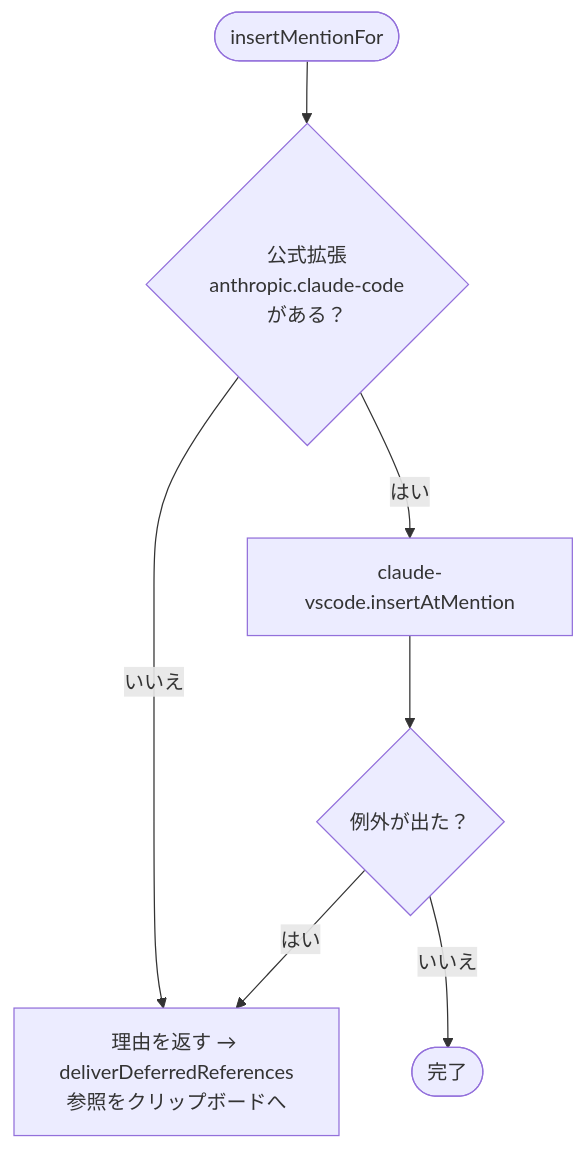
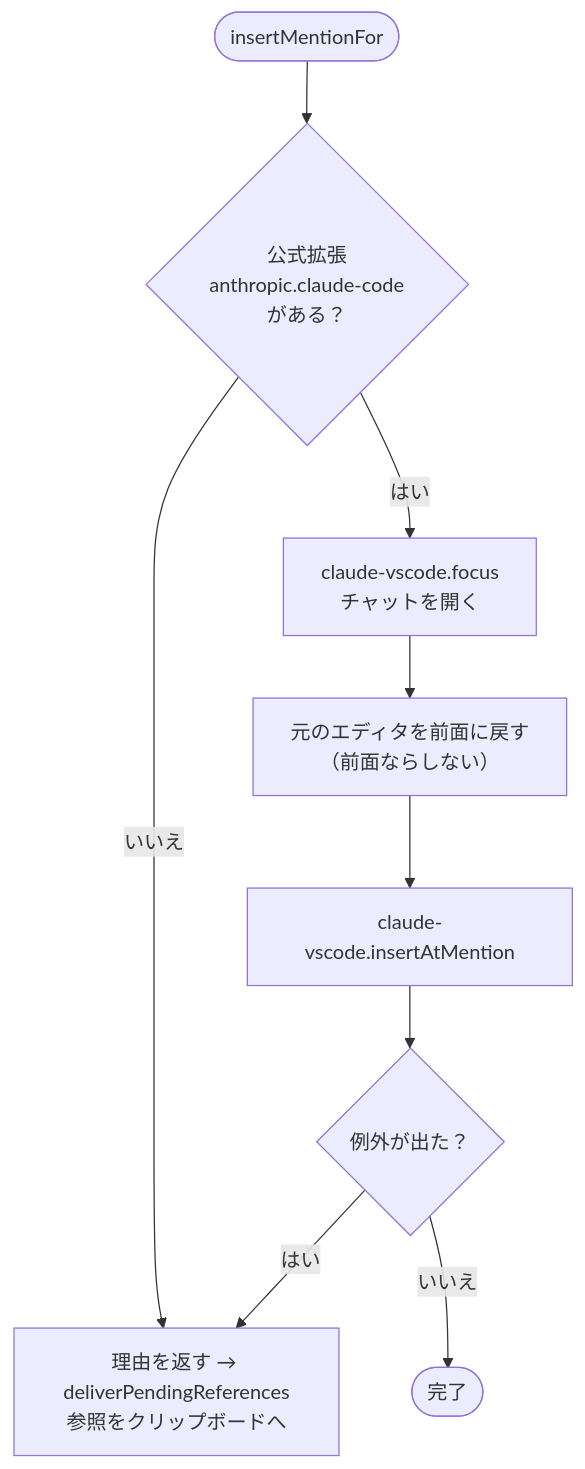
One commit to kip2/refs-to-chat changed the sixth of 7 diagrams in docs/ARCHITECTURE.md. Above: the diagram before and after it, drawn with Mermaid. The commit also changed other lines of this file and 20 other files, not shown here.

````diff
--- a/docs/ARCHITECTURE.md
+++ b/docs/ARCHITECTURE.md
@@ -260,9 +269,11 @@
 ```mermaid
 flowchart TD
   S([insertMentionFor]) --> Q1{公式拡張<br/>anthropic.claude-code<br/>がある？}
-  Q1 -- いいえ --> F[理由を返す → deliverDeferredReferences<br/>参照をクリップボードへ]
-  Q1 -- はい --> P[claude-vscode.insertAtMention]
+  Q1 -- いいえ --> F[理由を返す → deliverPendingReferences<br/>参照をクリップボードへ]
+  Q1 -- はい --> O[claude-vscode.focus<br/>チャットを開く]
+  O --> B[元のエディタを前面に戻す<br/>（前面ならしない）]
+  B --> P[claude-vscode.insertAtMention]
   P --> Q3{例外が出た？}
   Q3 -- はい --> F
   Q3 -- いいえ --> OK([完了])
 ```
````
